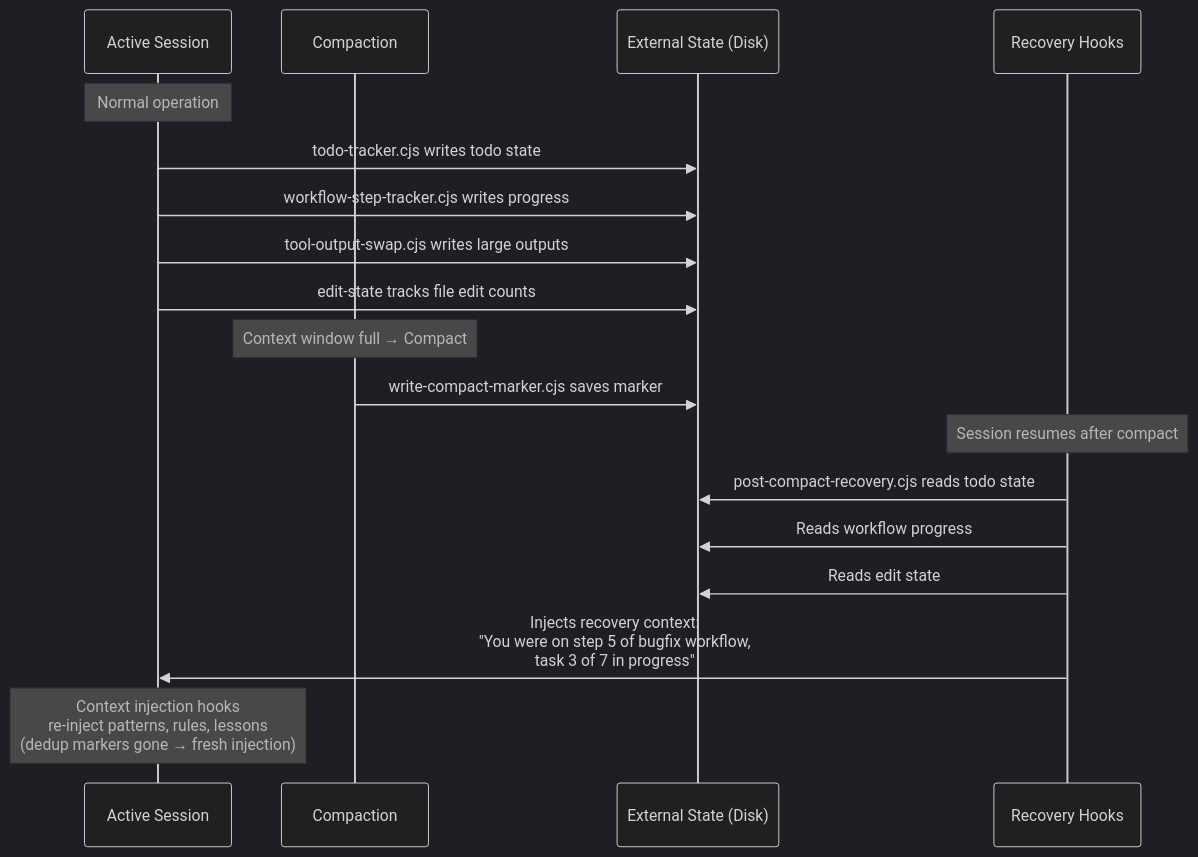
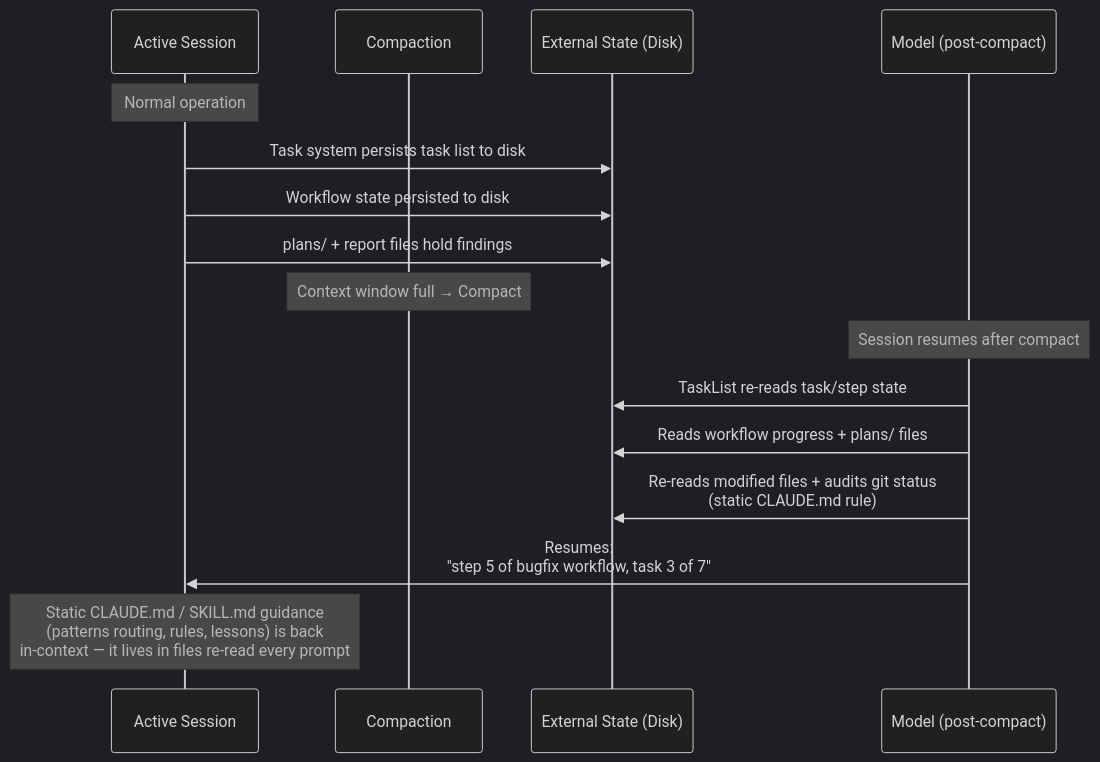
One commit to duc01226/EasyPlatform changed diagram 19 of 20 in .claude/docs/claude-ai-agent-framework-guide.md. Above: the diagram before and after it, drawn with Mermaid (dark theme). The commit also changed other lines of this file and 1280 other files, not shown here.

````diff
--- a/.claude/docs/claude-ai-agent-framework-guide.md
+++ b/.claude/docs/claude-ai-agent-framework-guide.md
@@ -3264,27 +3295,24 @@
 ```mermaid
 sequenceDiagram
     participant Session as Active Session
     participant Compact as Compaction
     participant Disk as External State (Disk)
-    participant Recovery as Recovery Hooks
+    participant Model as Model (post-compact)
 
     Note over Session: Normal operation
 
-    Session->>Disk: todo-tracker.cjs writes todo state
-    Session->>Disk: workflow-step-tracker.cjs writes progress
-    Session->>Disk: tool-output-swap.cjs writes large outputs
-    Session->>Disk: edit-state tracks file edit counts
+    Session->>Disk: Task system persists task list to disk
+    Session->>Disk: Workflow state persisted to disk
+    Session->>Disk: plans/ + report files hold findings
 
     Note over Compact: Context window full → Compact
 
-    Compact->>Disk: write-compact-marker.cjs saves marker
+    Note over Model: Session resumes after compact
 
-    Note over Recovery: Session resumes after compact
+    Model->>Disk: TaskList re-reads task/step state
+    Model->>Disk: Reads workflow progress + plans/ files
+    Model->>Disk: Re-reads modified files + audits git status<br/>(static CLAUDE.md rule)
+    Model->>Session: Resumes:<br/>"step 5 of bugfix workflow, task 3 of 7"
 
-    Recovery->>Disk: post-compact-recovery.cjs reads todo state
-    Recovery->>Disk: Reads workflow progress
-    Recovery->>Disk: Reads edit state
-    Recovery->>Session: Injects recovery context:<br/>"You were on step 5 of bugfix workflow,<br/>task 3 of 7 in progress"
-
-    Note over Session: Context injection hooks<br/>re-inject patterns, rules, lessons<br/>(dedup markers gone → fresh injection)
+    Note over Session: Static CLAUDE.md / SKILL.md guidance<br/>(patterns routing, rules, lessons) is back<br/>in-context — it lives in files re-read every prompt
 ```
````
